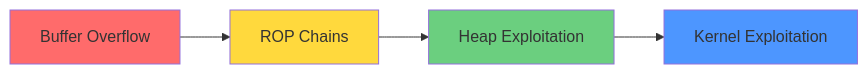
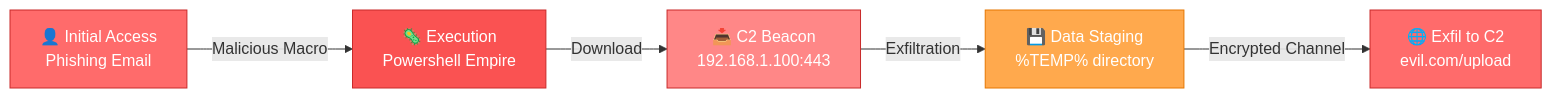
One commit to ZimrionVarethos/CTF changed the diagram in README.md. Above: the diagram before and after it, drawn with Mermaid. The commit also changed other lines of this file, not shown here.

````diff
--- a/README.md
+++ b/README.md
@@ -78,10 +143,13 @@
 ```mermaid
 graph LR
-    A[Buffer Overflow] --> B[ROP Chains]
-    B --> C[Heap Exploitation]
-    C --> D[Kernel Exploitation]
-    style A fill:#ff6b6b
-    style B fill:#ffd93d
-    style C fill:#6bcf7f
-    style D fill:#4d96ff
+    A[👤 Initial Access<br/>Phishing Email] -->|Malicious Macro| B[🦠 Execution<br/>Powershell Empire]
+    B -->|Download| C[📥 C2 Beacon<br/>192.168.1.100:443]
+    C -->|Exfiltration| D[💾 Data Staging<br/>%TEMP% directory]
+    D -->|Encrypted Channel| E[🌐 Exfil to C2<br/>evil.com/upload]
+    
+    style A fill:#ff6b6b,stroke:#c92a2a,color:#fff
+    style B fill:#fa5252,stroke:#c92a2a,color:#fff
+    style C fill:#ff8787,stroke:#c92a2a,color:#fff
+    style D fill:#ffa94d,stroke:#e67700,color:#fff
+    style E fill:#ff6b6b,stroke:#c92a2a,color:#fff
 ```
````
